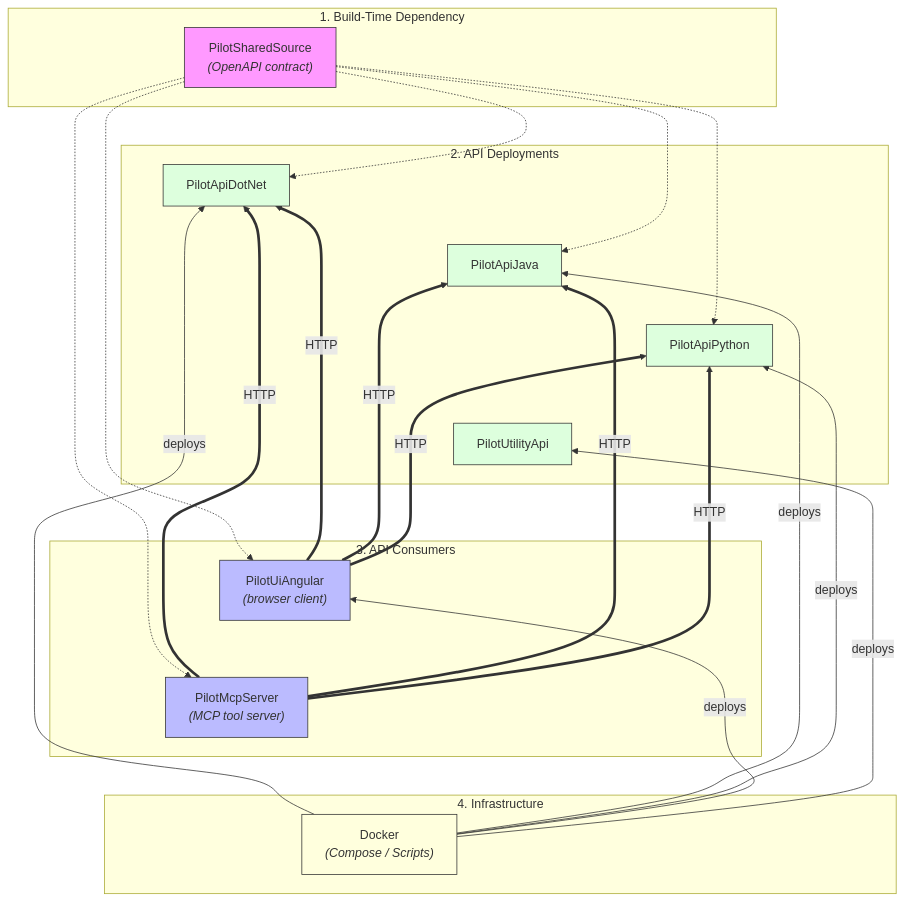
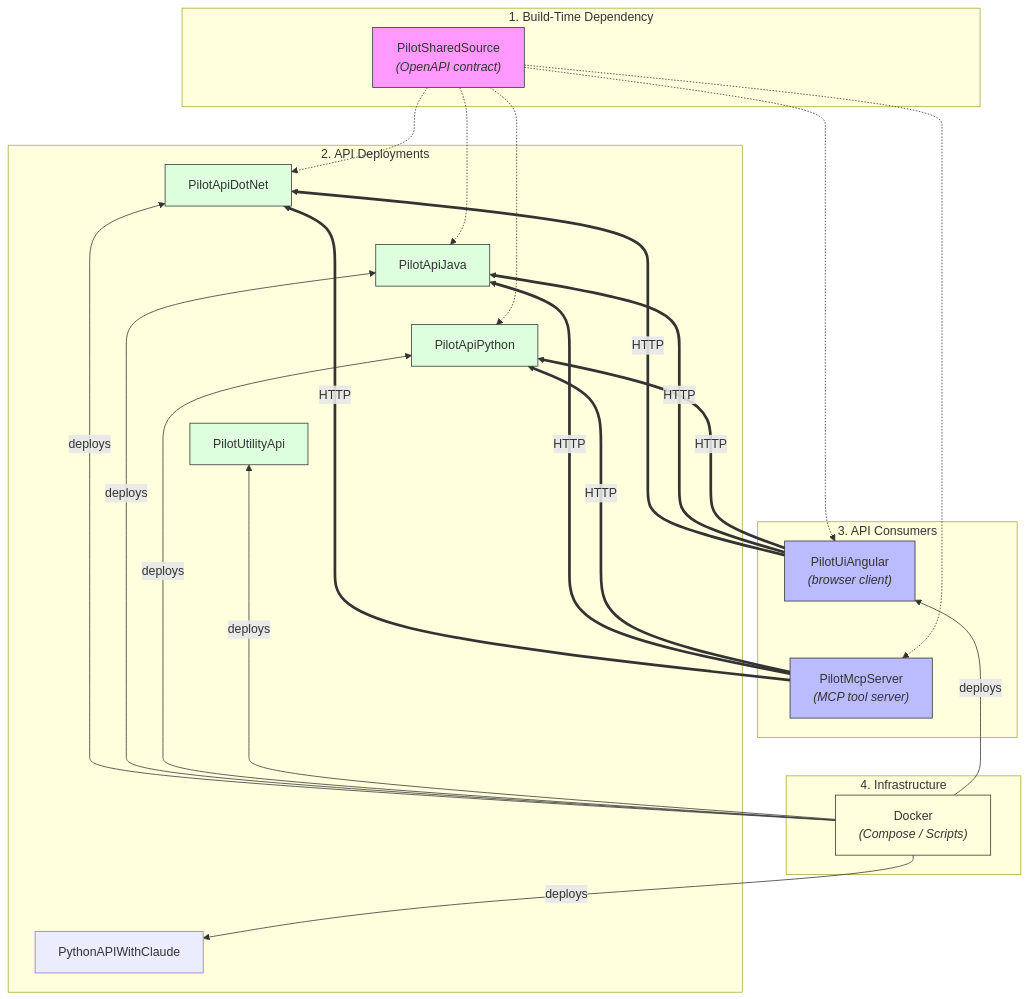
Before and after one commit to MikeLooper/A-Repository-Guide: the diagram in README.md, drawn with Mermaid. The commit also changed other lines of this file, not shown here.

Commit message:
Added details for the PythonAPIWithClaude repository.

````diff
--- a/README.md
+++ b/README.md
@@ -70,68 +72,70 @@
 ```mermaid
 graph TB
     %% 1. Git Submodule Layer
     subgraph Contract ["1. Build-Time Dependency"]
         PSS["PilotSharedSource<br/><i>(OpenAPI contract)</i>"]
     end
 
     %% 2. API Services Layer
     subgraph APIs ["2. API Deployments"]
         DOTNET["PilotApiDotNet"]
         JAVA["PilotApiJava"]
         PYTHON["PilotApiPython"]
         UTIL["PilotUtilityApi"]
+        CLAUDE["PythonAPIWithClaude"]
     end
 
     %% 3. Client / Consumer Layer
     subgraph Clients ["3. API Consumers"]
         UI["PilotUiAngular<br/><i>(browser client)</i>"]
         MCP["PilotMcpServer<br/><i>(MCP tool server)</i>"]
     end
 
     %% 4. Deployment Layer
     subgraph Infrastructure ["4. Infrastructure"]
         DOCKER["Docker<br/><i>(Compose / Scripts)</i>"]
     end
 
     %% Vertical Stacking Constraints (Forces high height, low width)
     PSS ~~~ DOTNET
-    DOTNET ~~~ JAVA ~~~ PYTHON ~~~ UTIL
+    DOTNET ~~~ JAVA ~~~ PYTHON ~~~ UTIL ~~~ CLAUDE
     UTIL ~~~ UI ~~~ MCP
     
     %% Force Layer 4 strictly to the bottom
     MCP ~~~ DOCKER
 
     %% 1. Build-Time Connections
     PSS -.-> UI
     PSS -.-> MCP
     PSS -.-> DOTNET
     PSS -.-> JAVA
     PSS -.-> PYTHON
 
     %% 2. Runtime Connections
     UI == HTTP ==> DOTNET
     UI == HTTP ==> JAVA
     UI == HTTP ==> PYTHON
 
     MCP == HTTP ==> DOTNET
     MCP == HTTP ==> JAVA
     MCP == HTTP ==> PYTHON
 
     %% 3. Deployment Connections
     DOCKER -- deploys --> DOTNET
     DOCKER -- deploys --> JAVA
     DOCKER -- deploys --> PYTHON
     DOCKER -- deploys --> UI
     DOCKER -- deploys --> UTIL
+    DOCKER -- deploys --> CLAUDE
 
     %% Styling
     classDef contract fill:#f9f,stroke:#333,stroke-width:1px;
     classDef api fill:#dfd,stroke:#333,stroke-width:1px;
     classDef client fill:#bbf,stroke:#333,stroke-width:1px;
     classDef infra fill:#ffd,stroke:#333,stroke-width:1px;
 
     class PSS contract;
     class DOTNET,JAVA,PYTHON,UTIL api;
     class UI,MCP client;
     class DOCKER infra;
 ```
````
